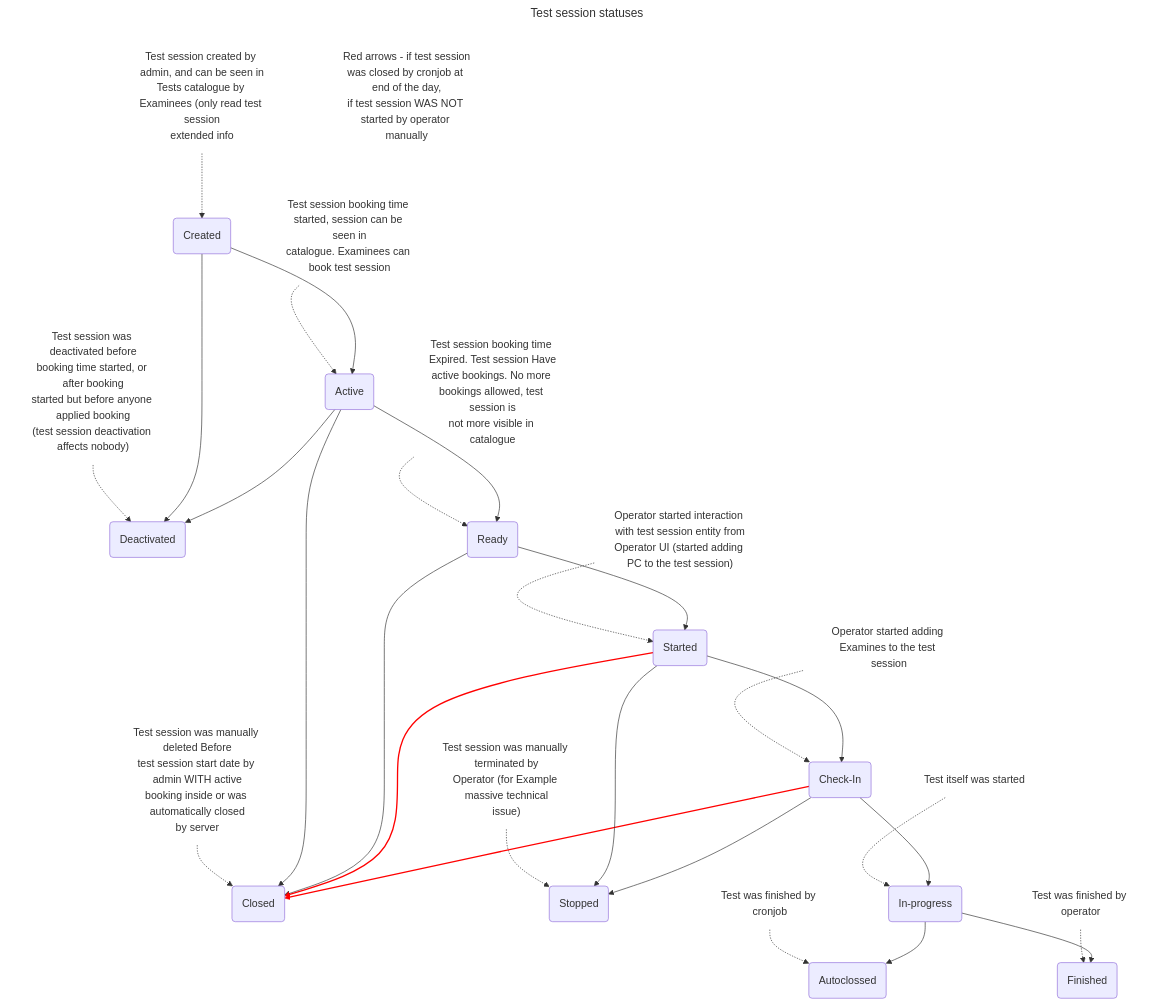
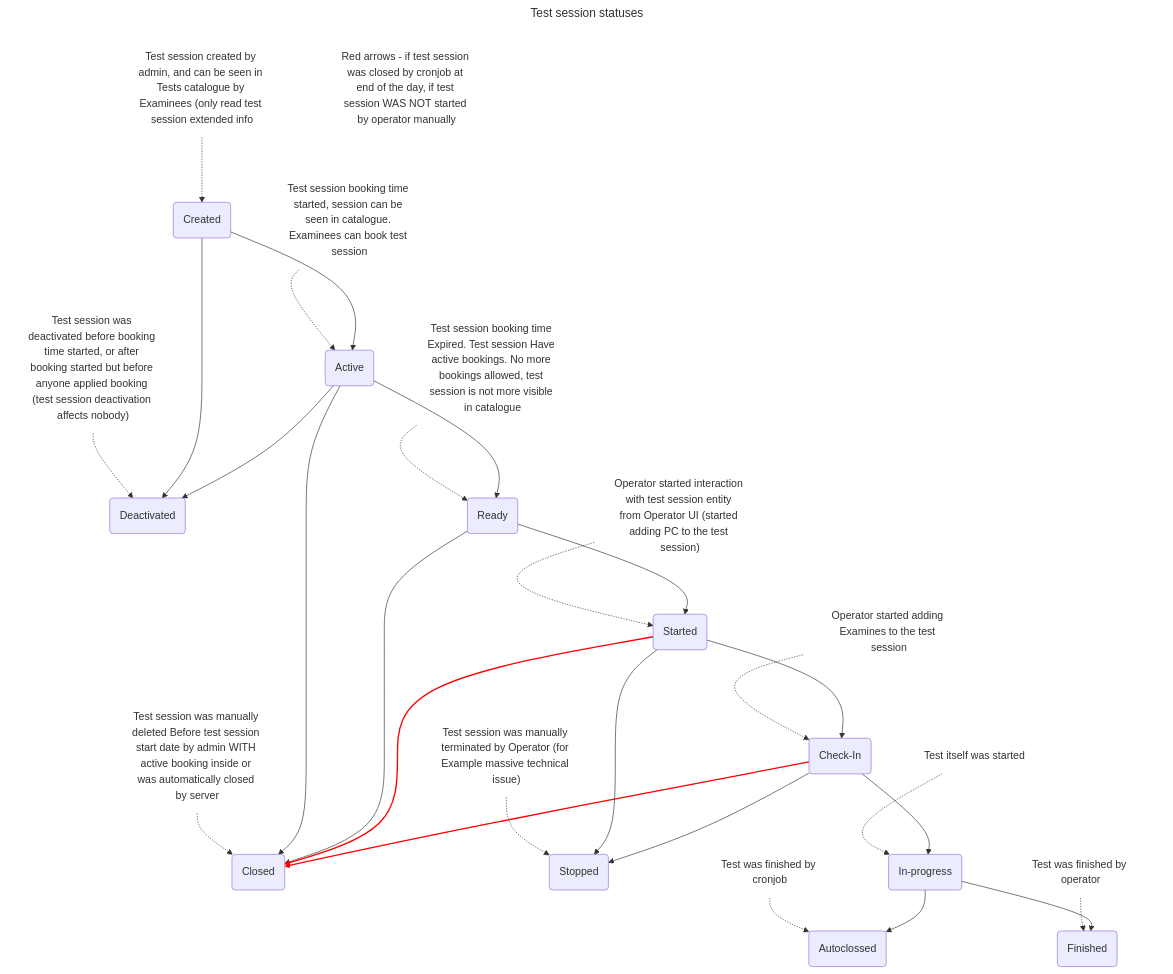
The second of 3 diagrams in README.md (PavelBui/AtlasVault), drawn with Mermaid before and after one commit. The commit also changed other lines of this file, not shown here.

Commit message:
Updated Mermaid

````diff
--- a/README.md
+++ b/README.md
@@ -65,36 +65,36 @@
 ```mermaid
 ---
 title: Test session statuses
 ---
 graph TD
-  TC["Test session created by admin, and can be seen in<br>Tests catalogue by Examinees (only read test session<br>extended info"]:::noBorder-.->C(Created)
-  TD["Test session was deactivated before<br>booking time started, or after booking<br>started but before anyone applied booking<br>(test session deactivation affects nobody)"]:::noBorder-.->D(Deactivated)
-  TA["Test session booking time started, session can be seen in<br>catalogue. Examinees can book test session"]:::noBorder-.->A(Active)
-  TCL["Test session was manually deleted Before<br>test session start date by admin WITH active<br>booking inside or was automatically closed<br>by server"]:::noBorder-.->CL(Closed)
-  TR["Test session booking time Expired. Test session Have<br>active bookings. No more bookings allowed, test session is<br>not more visible in catalogue"]:::noBorder-.->R(Ready)
-  TS["Operator started interaction with test session entity from<br>Operator UI (started adding PC to the test session)"]:::noBorder-.->S(Started)
+  TC["Test session created by admin, and can be seen in Tests catalogue by Examinees (only read test session extended info"]:::noBorder-.->C(Created)
+  TD["Test session was deactivated before booking time started, or after booking started but before anyone applied booking (test session deactivation affects nobody)"]:::noBorder-.->D(Deactivated)
+  TA["Test session booking time started, session can be seen in catalogue. Examinees can book test session"]:::noBorder-.->A(Active)
+  TCL["Test session was manually deleted Before test session start date by admin WITH active booking inside or was automatically closed by server"]:::noBorder-.->CL(Closed)
+  TR["Test session booking time Expired. Test session Have active bookings. No more bookings allowed, test session is not more visible in catalogue"]:::noBorder-.->R(Ready)
+  TS["Operator started interaction with test session entity from Operator UI (started adding PC to the test session)"]:::noBorder-.->S(Started)
   TCI["Operator started adding Examines to the test session"]:::noBorder-.->CI(Check-In)
-  TST["Test session was manually terminated by<br>Operator (for Example massive technical<br>issue)"]:::noBorder-.->ST(Stopped)
+  TST["Test session was manually terminated by Operator (for Example massive technical issue)"]:::noBorder-.->ST(Stopped)
   TIP["Test itself was started"]:::noBorder-.->IP(In-progress)
   TAC["Test was finished by cronjob"]:::noBorder-.->AC(Autoclossed)
   TF["Test was finished by operator"]:::noBorder-.->F(Finished)
   C-->D;
   C-->A;
   A-->D;
   A-->CL;
   A-->R;
   R-->CL;
   R-->S;
   S-->CL;
   S-->CI;
   CI-->CL;
   S-->ST;
   CI-->ST;
   CI-->IP;
   IP-->AC;
   IP-->F;
-  RA["Red arrows - if test session<br>was closed by cronjob at end of the day,<br>if test session WAS NOT started by operator manually"]:::noBorder
+  RA["Red arrows - if test session was closed by cronjob at end of the day, if test session WAS NOT started by operator manually"]:::noBorder
   linkStyle 18 stroke:#ff0000, stroke-width:2px;
   linkStyle 20 stroke:#ff0000, stroke-width:2px;
   classDef noBorder stroke-width:0,fill:transparent;
 ```
````
